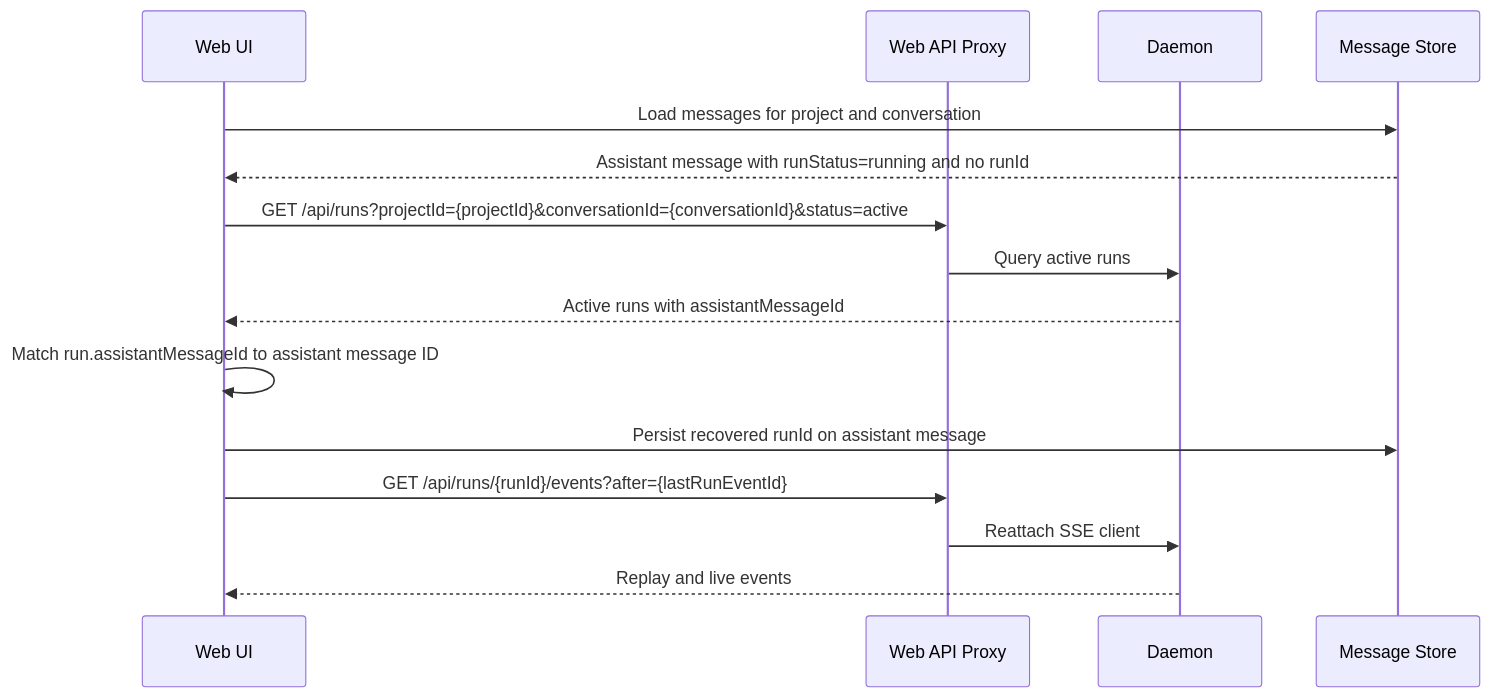
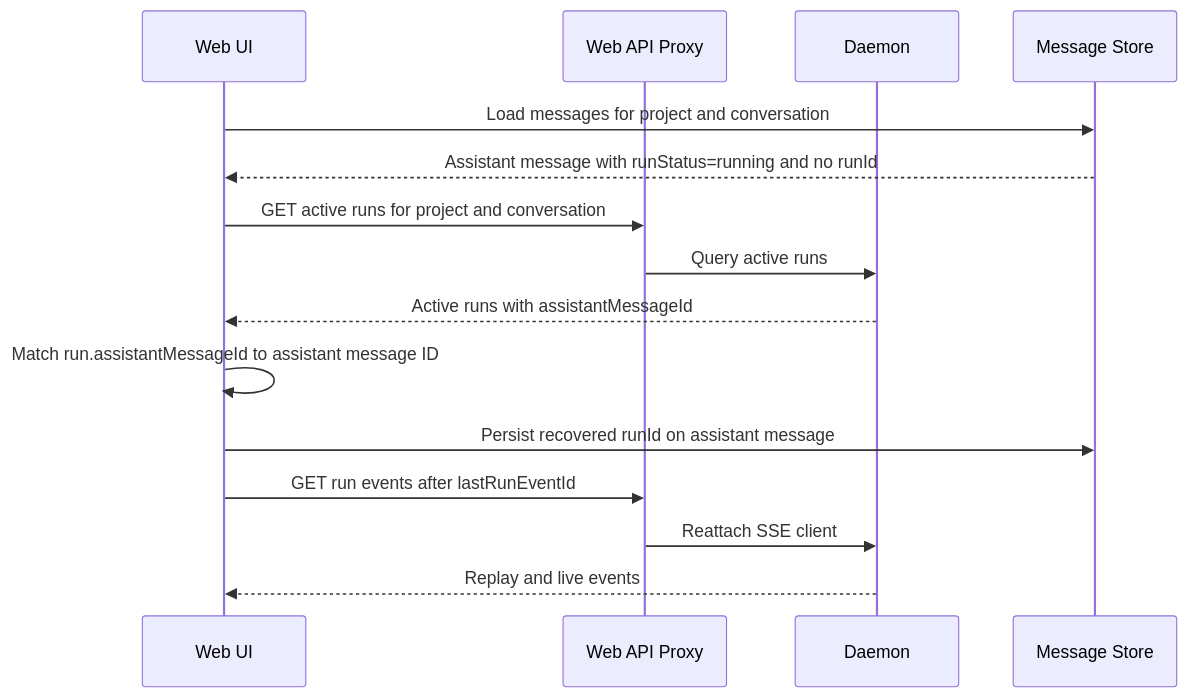
The third of 4 diagrams in specs/current/run.md (nexu-io/open-design), drawn with Mermaid before and after one commit. The commit also changed other lines of this file, not shown here.

````diff
--- a/specs/current/run.md
+++ b/specs/current/run.md
@@ -185,18 +156,18 @@
 ```mermaid
 sequenceDiagram
   participant Web as Web UI
   participant API as Web API Proxy
   participant Daemon as Daemon
   participant Store as Message Store
 
   Web->>Store: Load messages for project and conversation
   Store-->>Web: Assistant message with runStatus=running and no runId
-  Web->>API: GET /api/runs?projectId={projectId}&conversationId={conversationId}&status=active
+  Web->>API: GET active runs for project and conversation
   API->>Daemon: Query active runs
   Daemon-->>Web: Active runs with assistantMessageId
   Web->>Web: Match run.assistantMessageId to assistant message ID
   Web->>Store: Persist recovered runId on assistant message
-  Web->>API: GET /api/runs/{runId}/events?after={lastRunEventId}
+  Web->>API: GET run events after lastRunEventId
   API->>Daemon: Reattach SSE client
   Daemon-->>Web: Replay and live events
 ```
````
